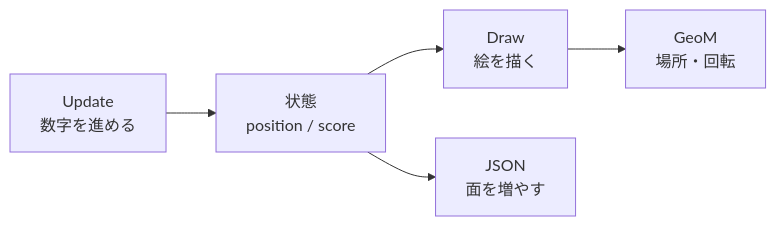
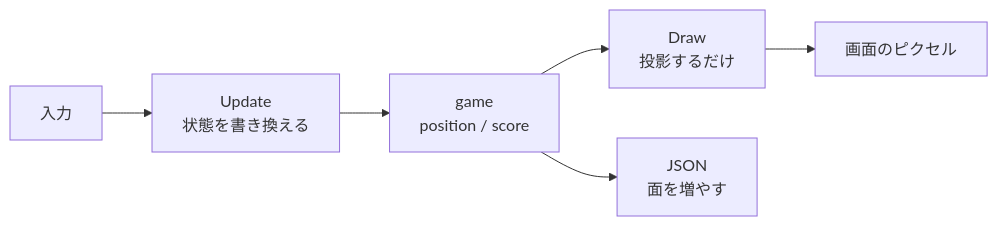
The diagram in docs/Glossary.md (kumagi/EbiShowcase), drawn with Mermaid before and after one commit. The commit also changed other lines of this file and 1202 other files, not shown here.

````diff
--- a/docs/Glossary.md
+++ b/docs/Glossary.md
@@ -13,7 +18,8 @@
 ```mermaid
 flowchart LR
-  update["Update<br/>数字を進める"] --> state["状態<br/>position / score"]
-  state --> draw["Draw<br/>絵を描く"]
-  draw --> geom["GeoM<br/>場所・回転"]
+  input["入力"] --> update["Update<br/>状態を書き換える"]
+  update --> state["game<br/>position / score"]
+  state --> draw["Draw<br/>投影するだけ"]
+  draw --> pixels["画面のピクセル"]
   state --> data["JSON<br/>面を増やす"]
 ```
````
